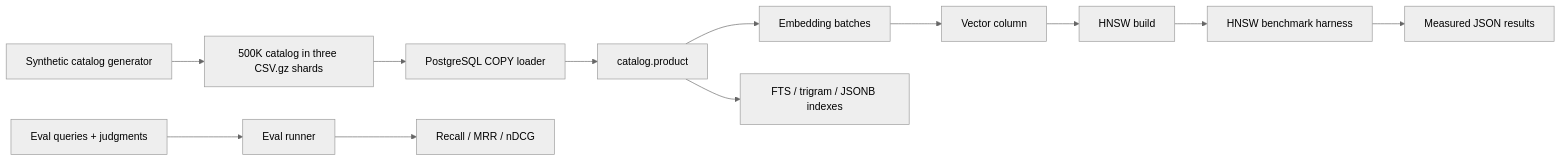
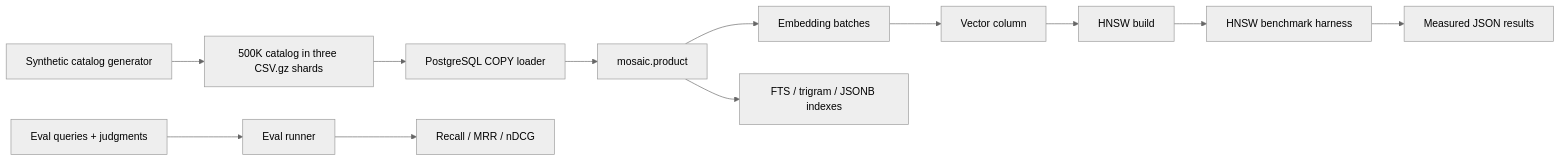
The second of 2 diagrams in docs/architecture.md (aws-samples/sample-agentic-hybrid-retrieval-aurora-postgresql), drawn with Mermaid (neutral theme) before and after one commit. The commit also changed 17 other files, not shown here.

````diff
--- a/docs/architecture.md
+++ b/docs/architecture.md
@@ -52,14 +52,14 @@
 ```mermaid
 flowchart LR
     G[Synthetic catalog generator] --> C[500K catalog in three CSV.gz shards]
     C --> LOAD[PostgreSQL COPY loader]
-    LOAD --> P[catalog.product]
+    LOAD --> P[mosaic.product]
     P --> E[Embedding batches]
     E --> V[Vector column]
     V --> I[HNSW build]
     P --> X[FTS / trigram / JSONB indexes]
     Q[Eval queries + judgments] --> RUN[Eval runner]
     RUN --> M[Recall / MRR / nDCG]
     I --> B[HNSW benchmark harness]
     B --> R[Measured JSON results]
 ```
````
